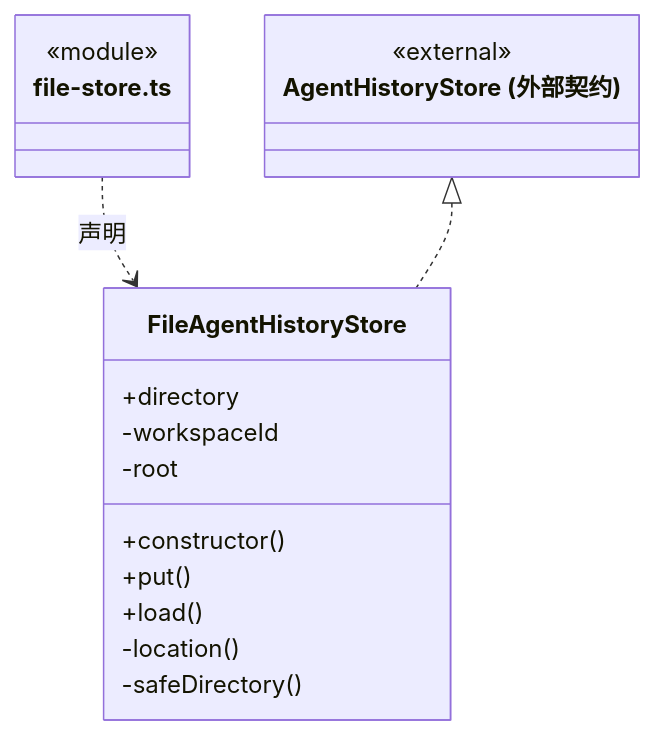
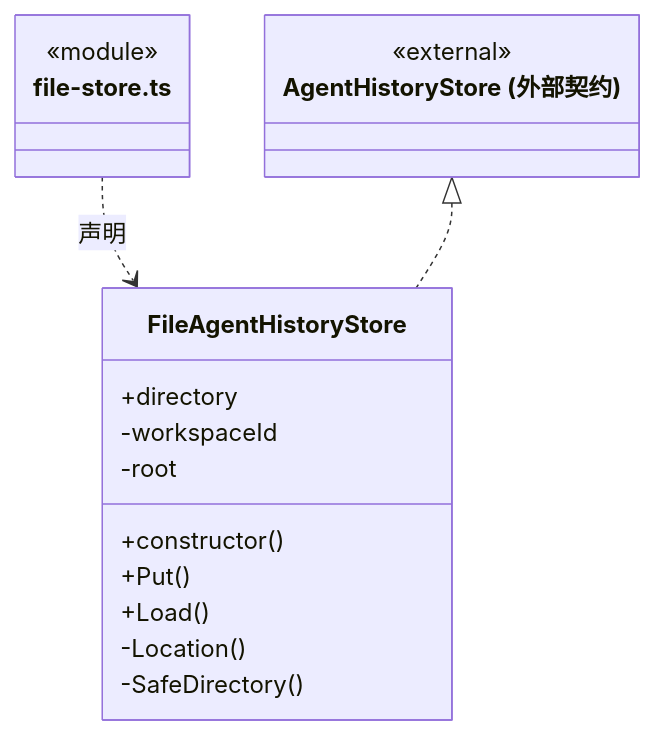
One commit to nan023062/cbim changed the third of 4 diagrams in src/logic/history/service/ARCHITECTURE.md. Above: the diagram before and after it, drawn with Mermaid. The commit also changed other lines of this file and 1035 other files, not shown here.

````diff
--- a/src/logic/history/service/ARCHITECTURE.md
+++ b/src/logic/history/service/ARCHITECTURE.md
@@ -50,21 +50,21 @@
 ```mermaid
 classDiagram
 class N_src_logic_history_service_file_store_ts["file-store.ts"] {
   <<module>>
 }
 class N_src_logic_history_service_file_store_ts_FileAgentHistoryStore["FileAgentHistoryStore"] {
   +directory
   +constructor()
-  +put()
-  +load()
+  +Put()
+  +Load()
   -workspaceId
   -root
-  -location()
-  -safeDirectory()
+  -Location()
+  -SafeDirectory()
 }
 N_src_logic_history_service_file_store_ts ..> N_src_logic_history_service_file_store_ts_FileAgentHistoryStore : 声明
 class N_src_logic_history_service_file_store_ts_external_AgentHistoryStore["AgentHistoryStore (外部契约)"] {
   <<external>>
 }
 N_src_logic_history_service_file_store_ts_external_AgentHistoryStore <|.. N_src_logic_history_service_file_store_ts_FileAgentHistoryStore
 ```
````
